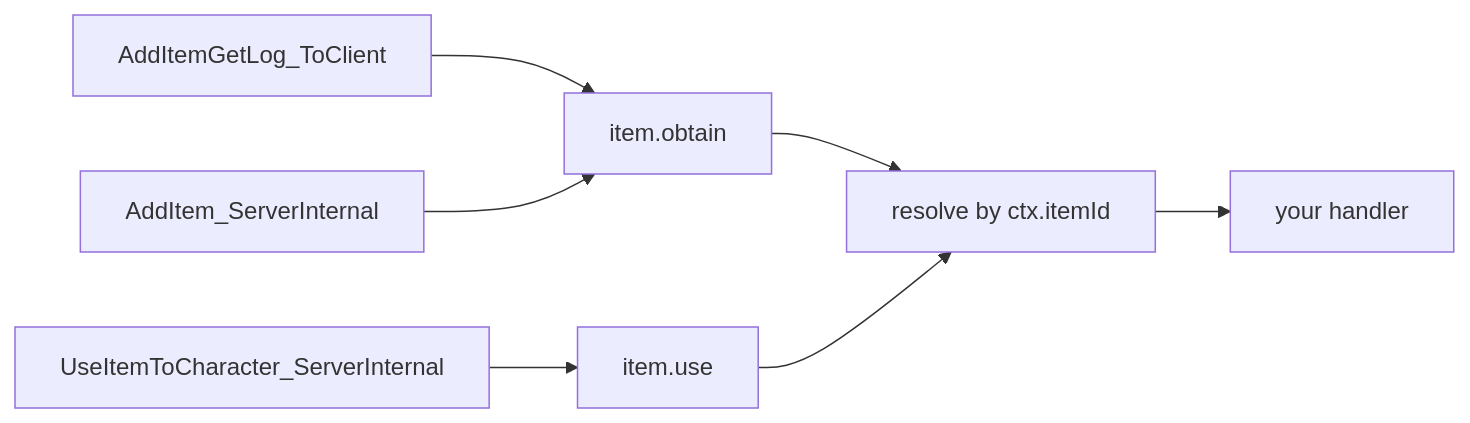
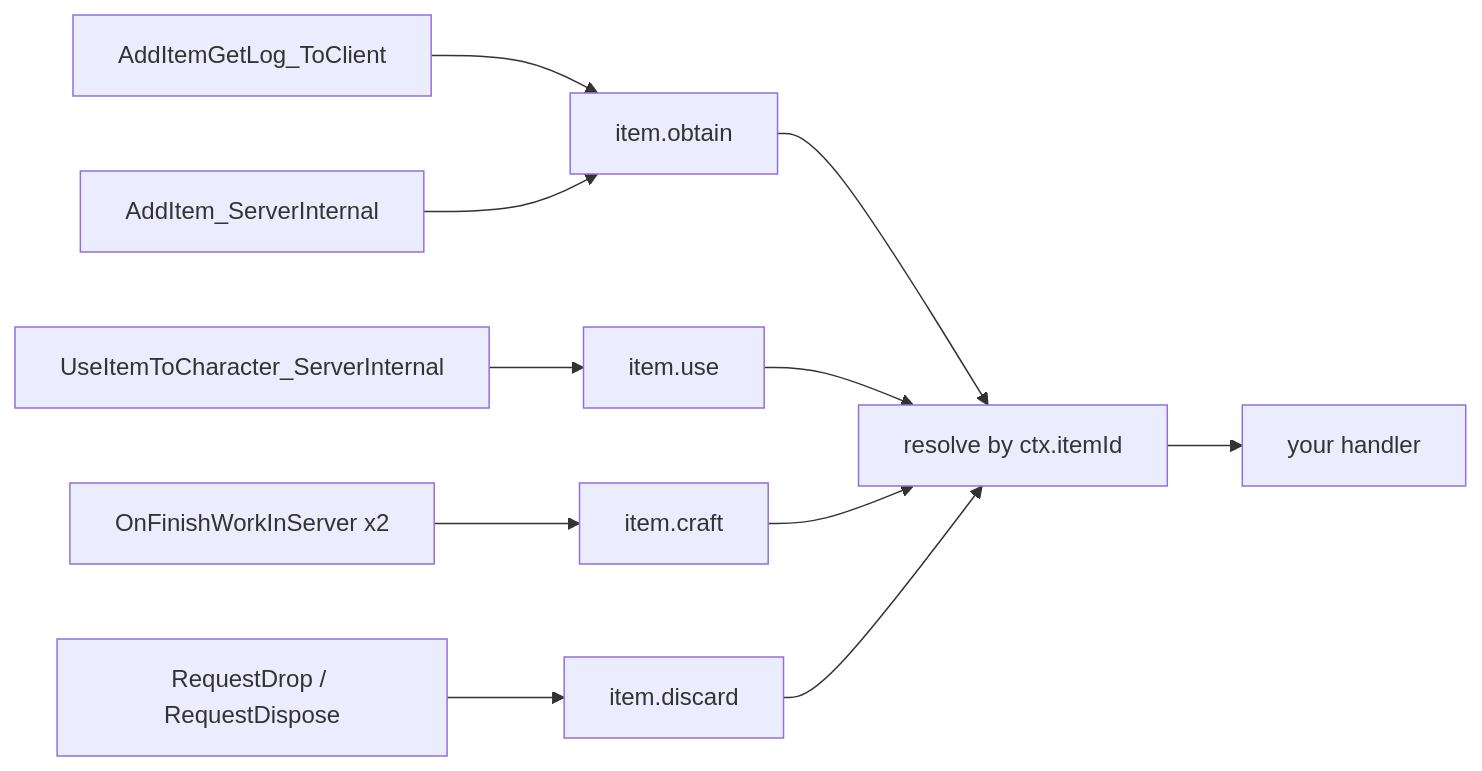
Before and after one commit to dr-mikan/PalForge: the second of 5 diagrams in docs/content/docs/api/item.ja.mdx, drawn with Mermaid. The commit also changed other lines of this file and 190 other files, not shown here.

````diff
--- a/docs/content/docs/api/item.ja.mdx
+++ b/docs/content/docs/api/item.ja.mdx
@@ -232,9 +255,13 @@
 ```mermaid
 flowchart LR
   A["AddItemGetLog_ToClient"] --> B["item.obtain"]
   G["AddItem_ServerInternal"] --> B
   C["UseItemToCharacter_ServerInternal"] --> D["item.use"]
+  H["OnFinishWorkInServer x2"] --> I["item.craft"]
+  J["RequestDrop / RequestDispose"] --> K["item.discard"]
   B --> E["resolve by ctx.itemId"]
   D --> E
+  I --> E
+  K --> E
   E --> F[your handler]
 ```
````
